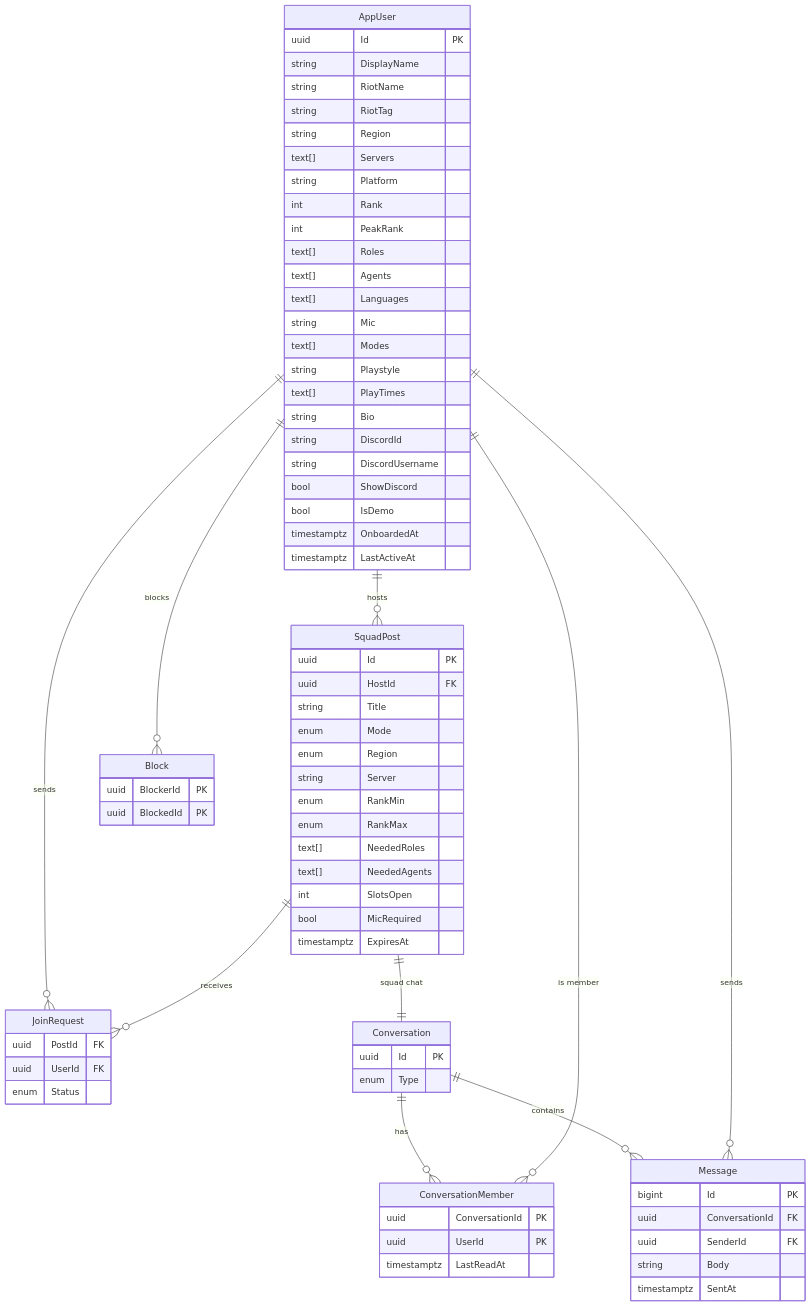
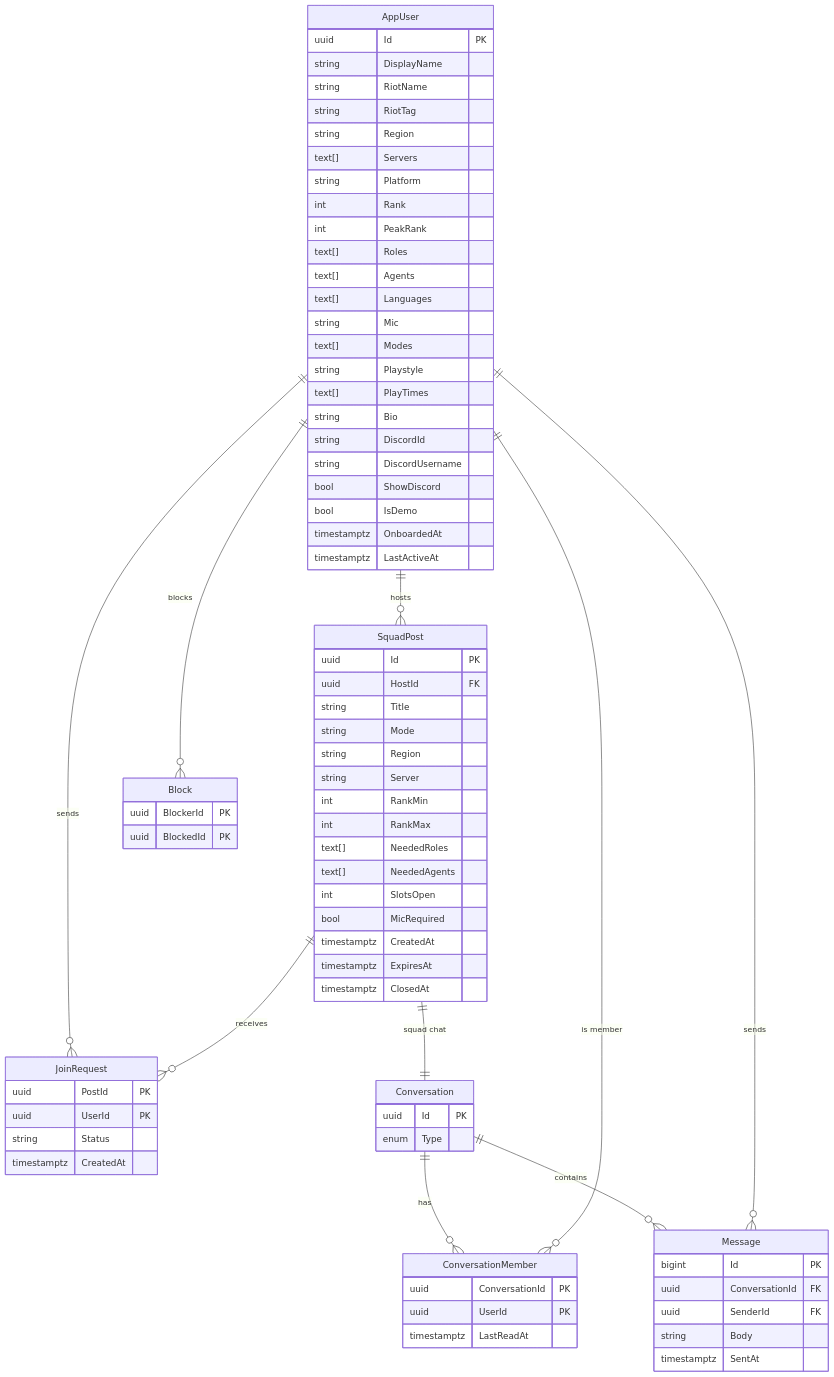
The first of 2 diagrams in docs/ARCHITECTURE.md (k1meta/FiveStack), drawn with Mermaid before and after one commit. The commit also changed other lines of this file and 1 other file, not shown here.

Commit message:
docs: mark M4 done, move squad conversation into M5

````diff
--- a/docs/ARCHITECTURE.md
+++ b/docs/ARCHITECTURE.md
@@ -38,78 +38,81 @@
 ```mermaid
 erDiagram
   AppUser ||--o{ SquadPost : hosts
   AppUser ||--o{ JoinRequest : sends
   SquadPost ||--o{ JoinRequest : receives
   SquadPost ||--|| Conversation : "squad chat"
   Conversation ||--o{ ConversationMember : has
   AppUser ||--o{ ConversationMember : "is member"
   Conversation ||--o{ Message : contains
   AppUser ||--o{ Message : sends
   AppUser ||--o{ Block : blocks
 
   AppUser {
     uuid Id PK
     string DisplayName
     string RiotName
     string RiotTag
     string Region
     text[] Servers
     string Platform
     int Rank
     int PeakRank
     text[] Roles
     text[] Agents
     text[] Languages
     string Mic
     text[] Modes
     string Playstyle
     text[] PlayTimes
     string Bio
     string DiscordId
     string DiscordUsername
     bool ShowDiscord
     bool IsDemo
     timestamptz OnboardedAt
     timestamptz LastActiveAt
   }
   SquadPost {
     uuid Id PK
     uuid HostId FK
     string Title
-    enum Mode
-    enum Region
+    string Mode
+    string Region
     string Server
-    enum RankMin
-    enum RankMax
+    int RankMin
+    int RankMax
     text[] NeededRoles
     text[] NeededAgents
     int SlotsOpen
     bool MicRequired
+    timestamptz CreatedAt
     timestamptz ExpiresAt
+    timestamptz ClosedAt
   }
   JoinRequest {
-    uuid PostId FK
-    uuid UserId FK
-    enum Status
+    uuid PostId PK
+    uuid UserId PK
+    string Status
+    timestamptz CreatedAt
   }
   Conversation {
     uuid Id PK
     enum Type
   }
   ConversationMember {
     uuid ConversationId PK
     uuid UserId PK
     timestamptz LastReadAt
   }
   Message {
     bigint Id PK
     uuid ConversationId FK
     uuid SenderId FK
     string Body
     timestamptz SentAt
   }
   Block {
     uuid BlockerId PK
     uuid BlockedId PK
   }
 ```
````
